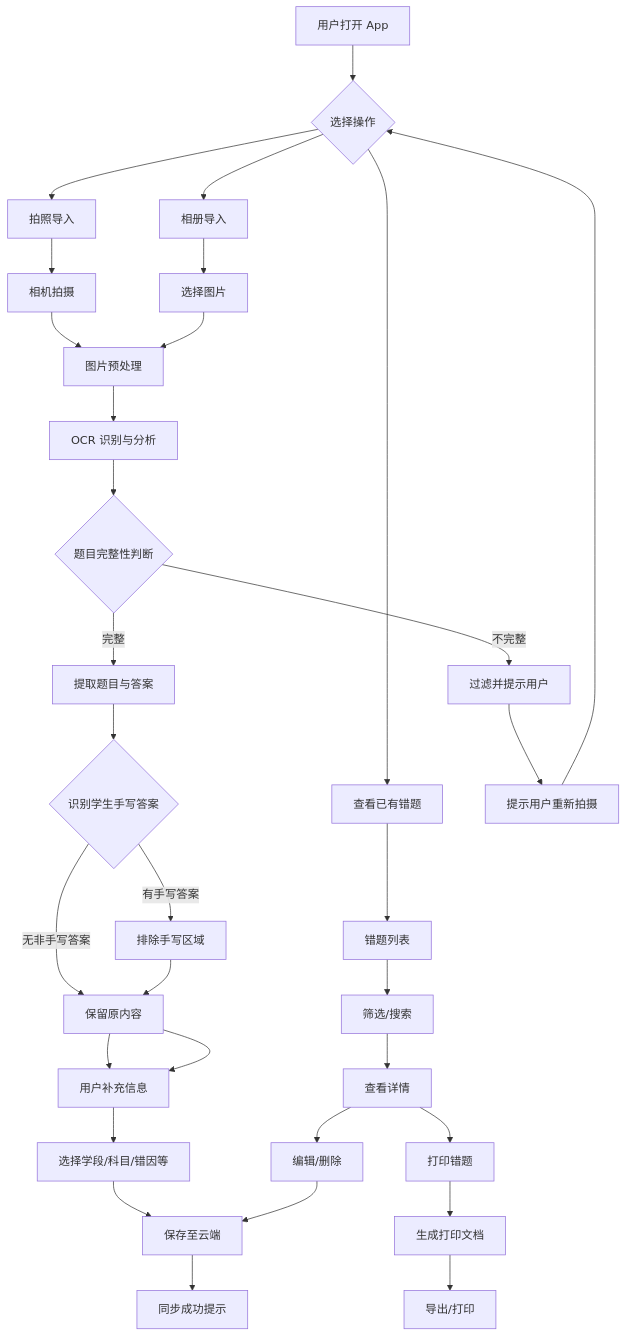
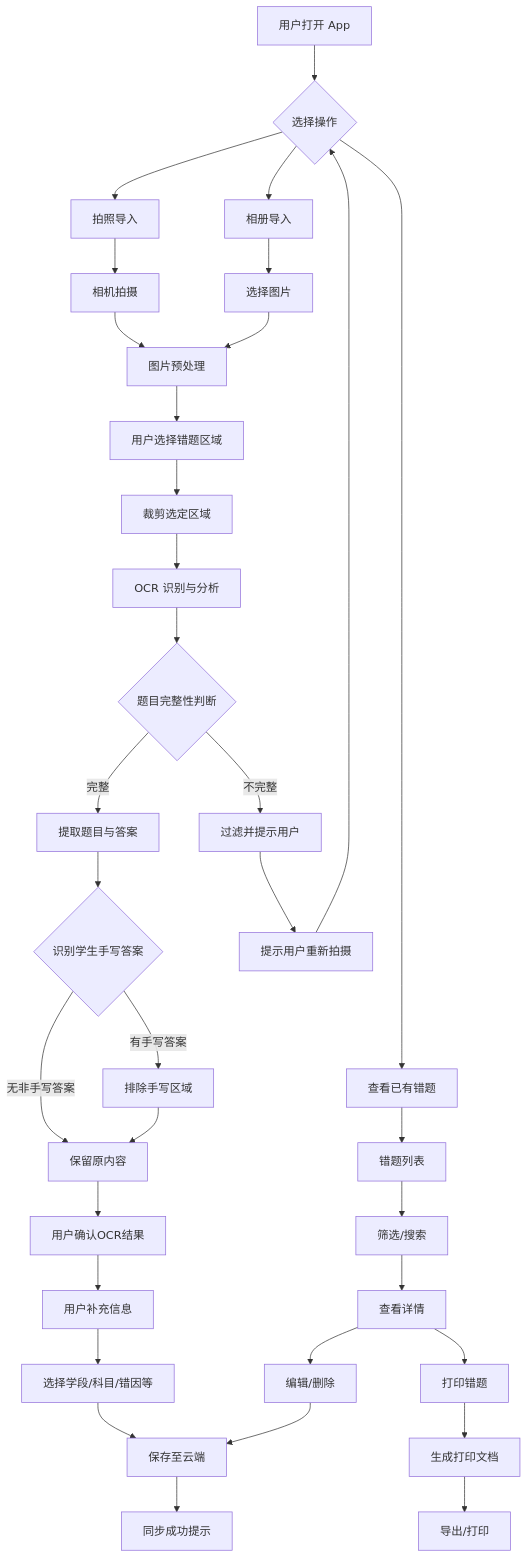
Before and after one commit to lw-byte/TopScoreErrorNotebook: the first of 8 diagrams in docs/错题集 PRD_V1.0.md, drawn with Mermaid. The commit also changed other lines of this file and 3 other files, not shown here.

````diff
--- a/docs/错题集 PRD_V1.0.md
+++ b/docs/错题集 PRD_V1.0.md
@@ -125,33 +127,35 @@
 ```mermaid
 flowchart TD
     A[用户打开 App] --> B{选择操作}
     B --> C[拍照导入]
     B --> D[相册导入]
     B --> E[查看已有错题]
     C --> F[相机拍摄]
     D --> G[选择图片]
     F --> H[图片预处理]
     G --> H
-    H --> I[OCR 识别与分析]
-    I --> J{题目完整性判断}
-    J -->|完整| K[提取题目与答案]
-    J -->|不完整| L[过滤并提示用户]
-    K --> M{识别学生手写答案}
-    M -->|有手写答案| N[排除手写区域]
-    M -->|无非手写答案| O[保留原内容]
-    N --> O --> P[用户补充信息]
-    O --> P
-    P --> Q[选择学段/科目/错因等]
-    Q --> R[保存至云端]
-    R --> S[同步成功提示]
-    E --> T[错题列表]
-    T --> U[筛选/搜索]
-    U --> V[查看详情]
-    V --> W[编辑/删除]
-    W --> R
-    V --> X[打印错题]
-    X --> Y[生成打印文档]
-    Y --> Z[导出/打印]
-    L --> AA[提示用户重新拍摄]
-    AA --> B
+    H --> I[用户选择错题区域]
+    I --> J[裁剪选定区域]
+    J --> K[OCR 识别与分析]
+    K --> L{题目完整性判断}
+    L -->|完整| M[提取题目与答案]
+    L -->|不完整| N[过滤并提示用户]
+    M --> O{识别学生手写答案}
+    O -->|有手写答案| P[排除手写区域]
+    O -->|无非手写答案| Q[保留原内容]
+    P --> Q --> R[用户确认OCR结果]
+    R --> S[用户补充信息]
+    S --> T[选择学段/科目/错因等]
+    T --> U[保存至云端]
+    U --> V[同步成功提示]
+    E --> W[错题列表]
+    W --> X[筛选/搜索]
+    X --> Y[查看详情]
+    Y --> Z[编辑/删除]
+    Z --> U
+    Y --> AA[打印错题]
+    AA --> AB[生成打印文档]
+    AB --> AC[导出/打印]
+    N --> AD[提示用户重新拍摄]
+    AD --> B
 ```
````
